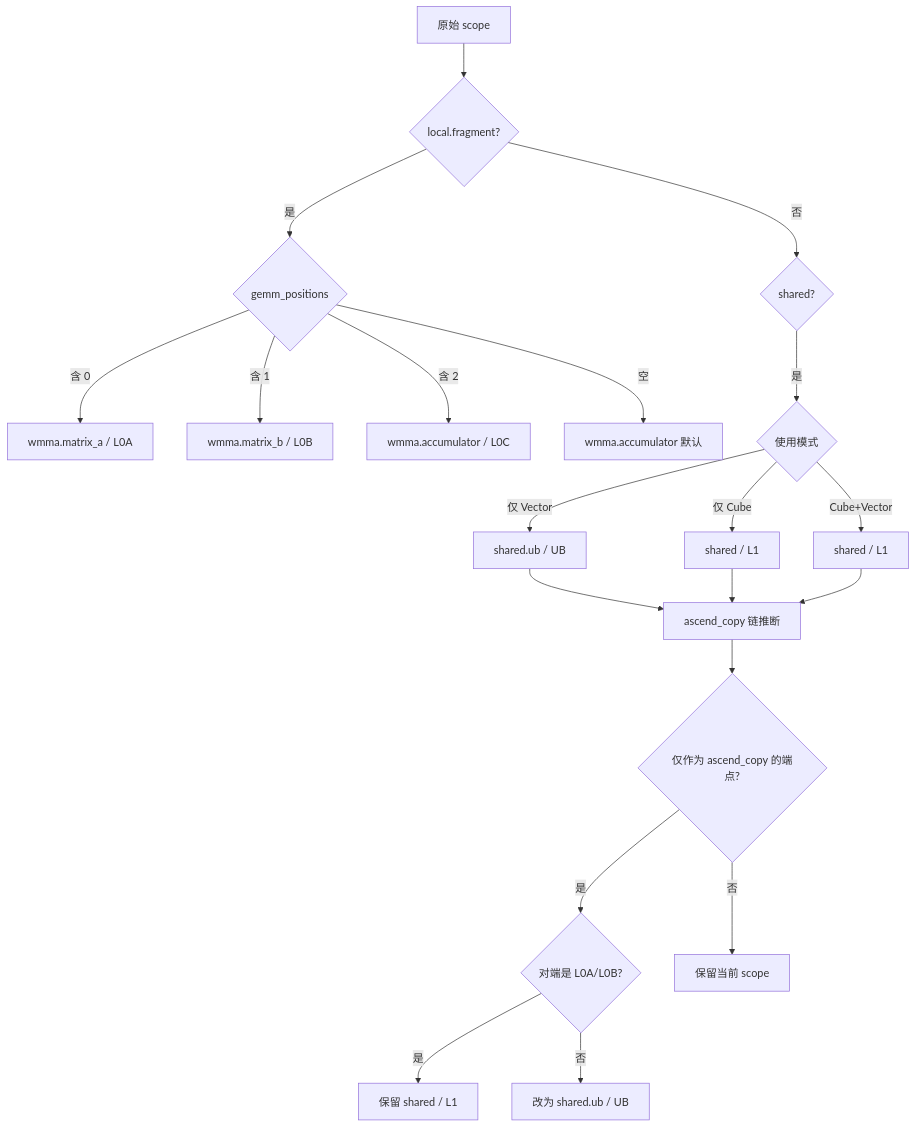
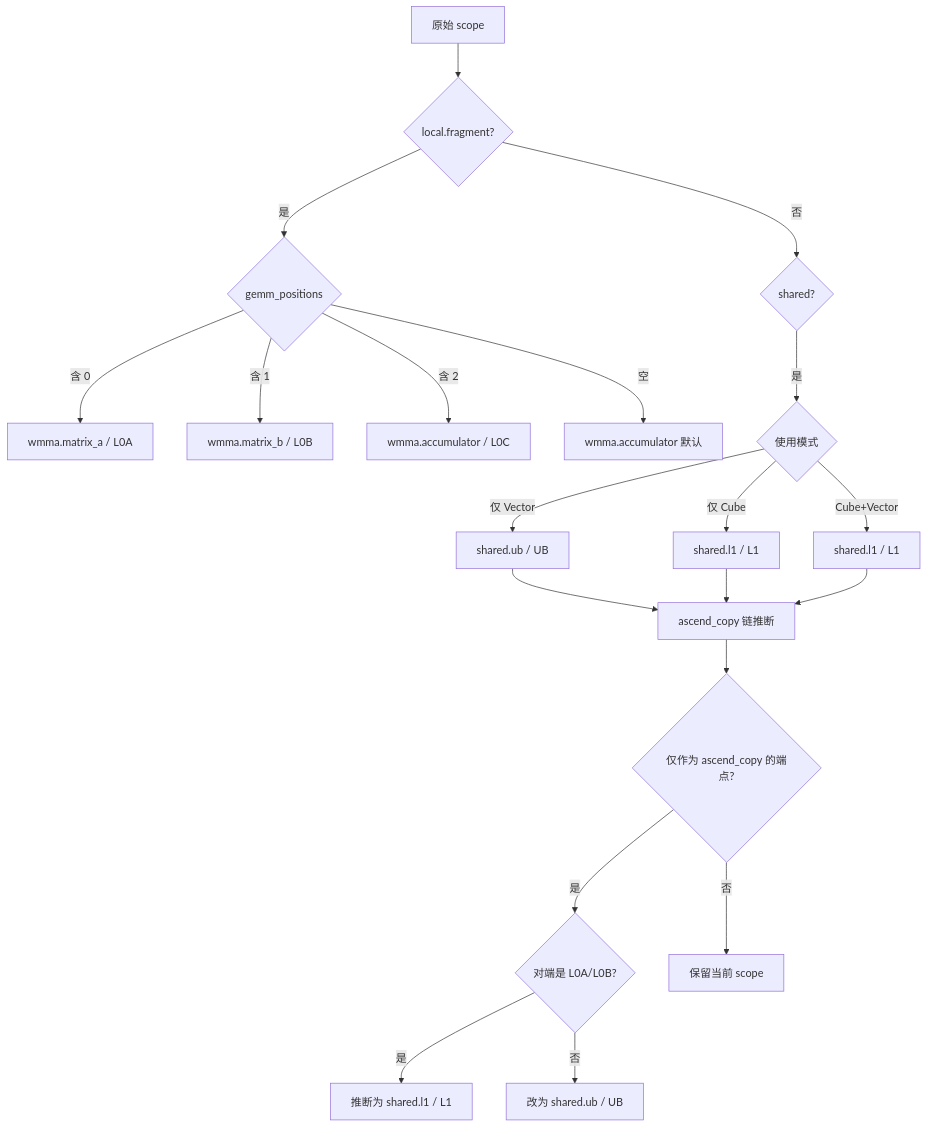
The diagram in .agents/skills/tilelang-pass-analyzer/references/pass-designs/ascend_infer_buffer_scope_design.md (tile-ai/tilelang-ascend), drawn with Mermaid before and after one commit. The commit also changed other lines of this file and 7 other files, not shown here.

````diff
--- a/.agents/skills/tilelang-pass-analyzer/references/pass-designs/ascend_infer_buffer_scope_design.md
+++ b/.agents/skills/tilelang-pass-analyzer/references/pass-designs/ascend_infer_buffer_scope_design.md
@@ -93,25 +93,25 @@
 ```mermaid
 flowchart TD
     A[原始 scope] --> B{local.fragment?}
     B -- 是 --> C{gemm_positions}
     C -- 含 0 --> C1[wmma.matrix_a / L0A]
     C -- 含 1 --> C2[wmma.matrix_b / L0B]
     C -- 含 2 --> C3[wmma.accumulator / L0C]
     C -- 空 --> C4[wmma.accumulator 默认]
 
     B -- 否 --> D{shared?}
     D -- 是 --> E{使用模式}
     E -- 仅 Vector --> E1[shared.ub / UB]
-    E -- 仅 Cube --> E2[shared / L1]
-    E -- Cube+Vector --> E3[shared / L1]
+    E -- 仅 Cube --> E2[shared.l1 / L1]
+    E -- Cube+Vector --> E3[shared.l1 / L1]
 
     E1 --> F[ascend_copy 链推断]
     E2 --> F
     E3 --> F
 
     F --> G{仅作为 ascend_copy 的端点?}
     G -- 是 --> H{对端是 L0A/L0B?}
-    H -- 是 --> H1[保留 shared / L1]
+    H -- 是 --> H1[推断为 shared.l1 / L1]
     H -- 否 --> H2[改为 shared.ub / UB]
     G -- 否 --> I[保留当前 scope]
 ```
````
